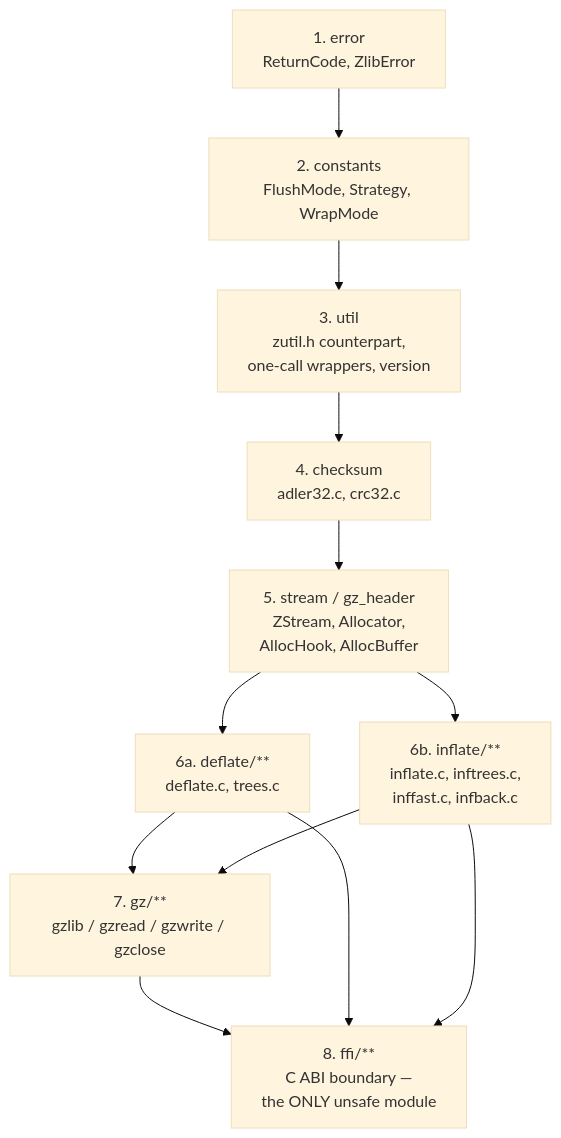
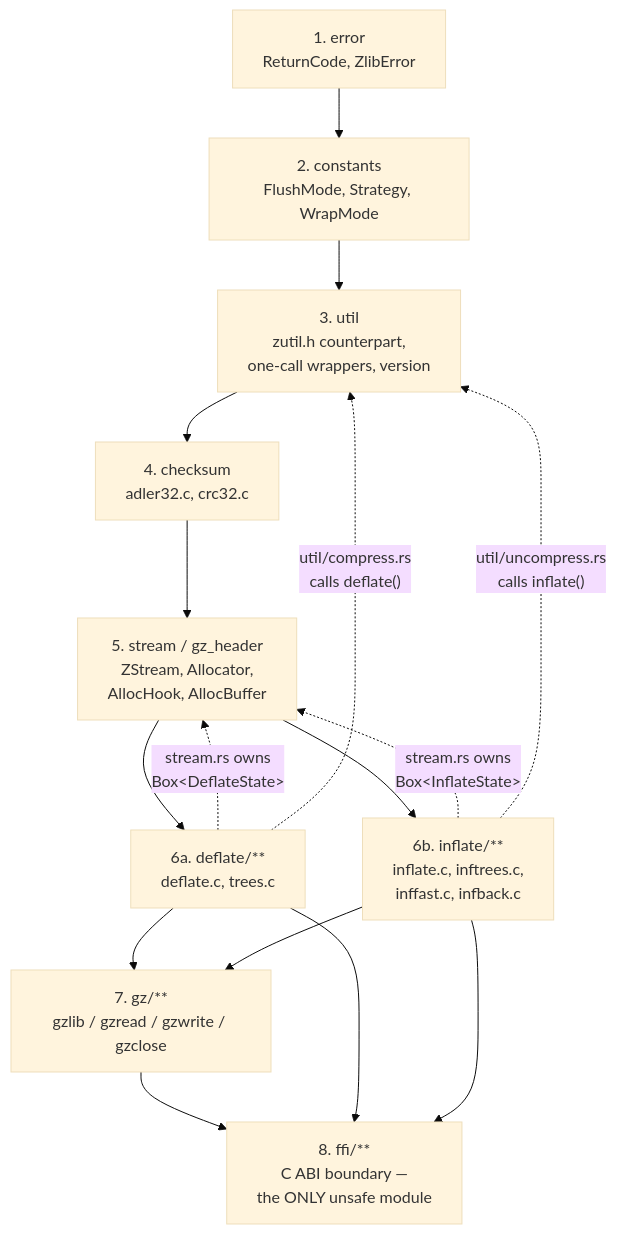
The second of 2 diagrams in doc/technical-specifications.md (blitzy-research/zlib), drawn with Mermaid (base theme) before and after one commit. The commit also changed other lines of this file and 37 other files, not shown here.

````diff
--- a/doc/technical-specifications.md
+++ b/doc/technical-specifications.md
@@ -458,14 +472,18 @@
 ```mermaid
 graph TD
     E["1. error<br/>ReturnCode, ZlibError"] --> C["2. constants<br/>FlushMode, Strategy, WrapMode"]
     C --> U["3. util<br/>zutil.h counterpart,<br/>one-call wrappers, version"]
     U --> K["4. checksum<br/>adler32.c, crc32.c"]
     K --> S["5. stream / gz_header<br/>ZStream, Allocator,<br/>AllocHook, AllocBuffer"]
     S --> D["6a. deflate/**<br/>deflate.c, trees.c"]
     S --> I["6b. inflate/**<br/>inflate.c, inftrees.c,<br/>inffast.c, infback.c"]
     D --> G["7. gz/**<br/>gzlib / gzread / gzwrite / gzclose"]
     I --> G
     G --> F["8. ffi/**<br/>C ABI boundary —<br/>the ONLY unsafe module"]
     D --> F
     I --> F
+    D -. "stream.rs owns<br/>Box&lt;DeflateState&gt;" .-> S
+    I -. "stream.rs owns<br/>Box&lt;InflateState&gt;" .-> S
+    D -. "util/compress.rs<br/>calls deflate()" .-> U
+    I -. "util/uncompress.rs<br/>calls inflate()" .-> U
 ```
````
